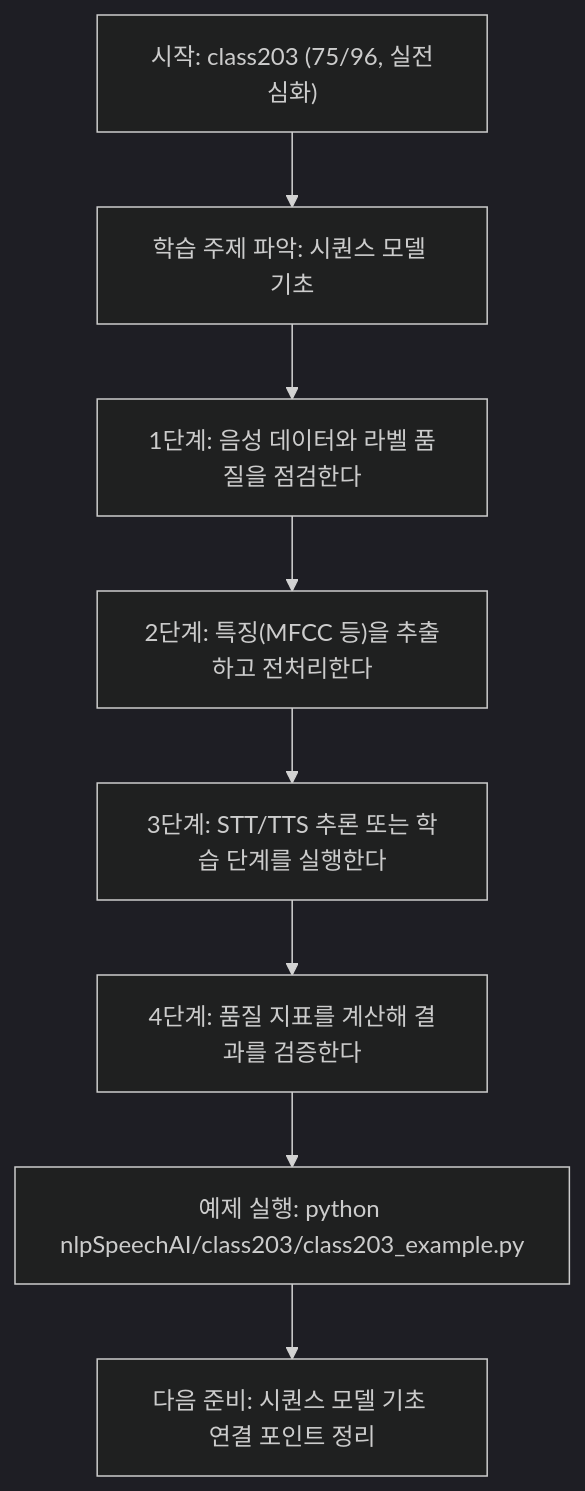
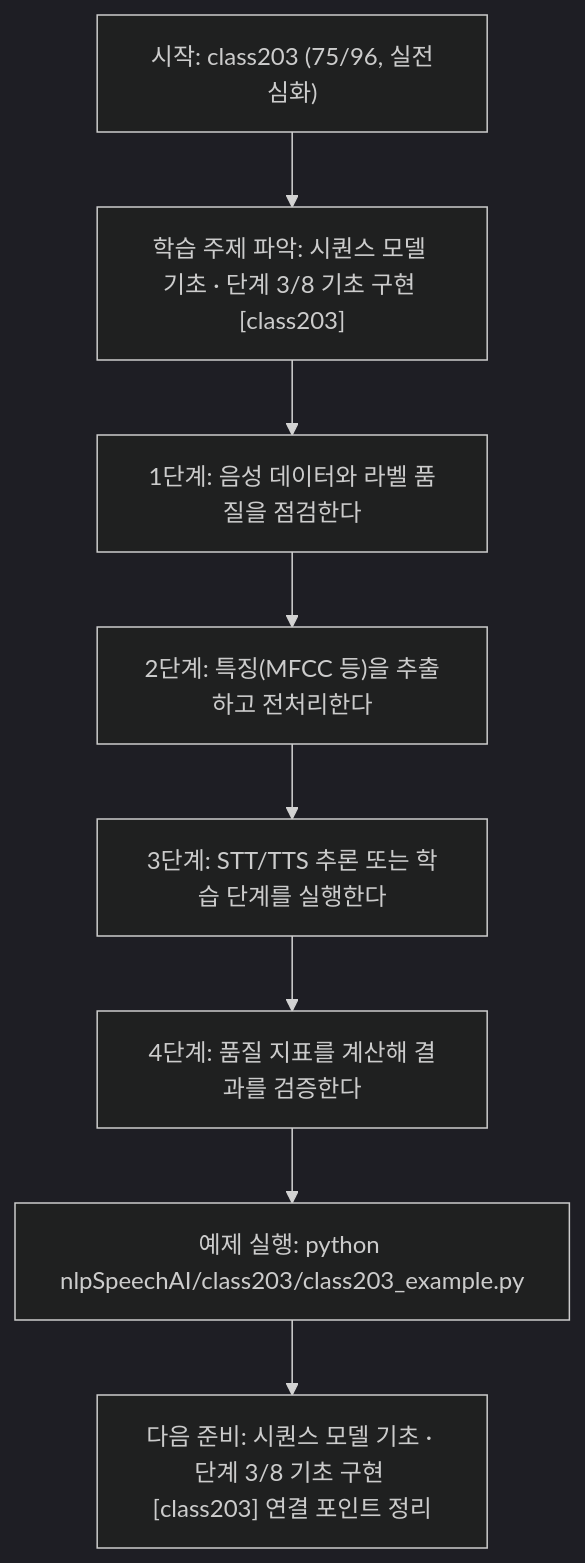
The diagram in nlpSpeechAI/class203/class203.md (edumgt/Python-AI_Agent-Class), drawn with Mermaid (dark theme) before and after one commit. The commit also changed other lines of this file and 522 other files, not shown here.

````diff
--- a/nlpSpeechAI/class203/class203.md
+++ b/nlpSpeechAI/class203/class203.md
@@ -113,18 +114,18 @@
 ```mermaid
 flowchart TD
 N1["시작: class203 (75/96, 실전심화)"]
-N2["학습 주제 파악: 시퀀스 모델 기초"]
+N2["학습 주제 파악: 시퀀스 모델 기초 · 단계 3/8 기초 구현 [class203]"]
 N3["1단계: 음성 데이터와 라벨 품질을 점검한다"]
 N4["2단계: 특징(MFCC 등)을 추출하고 전처리한다"]
 N5["3단계: STT/TTS 추론 또는 학습 단계를 실행한다"]
 N6["4단계: 품질 지표를 계산해 결과를 검증한다"]
 N7["예제 실행: python nlpSpeechAI/class203/class203_example.py"]
-N8["다음 준비: 시퀀스 모델 기초 연결 포인트 정리"]
+N8["다음 준비: 시퀀스 모델 기초 · 단계 3/8 기초 구현 [class203] 연결 포인트 정리"]
 N1 --> N2
 N2 --> N3
 N3 --> N4
 N4 --> N5
 N5 --> N6
 N6 --> N7
 N7 --> N8
 ```
````
